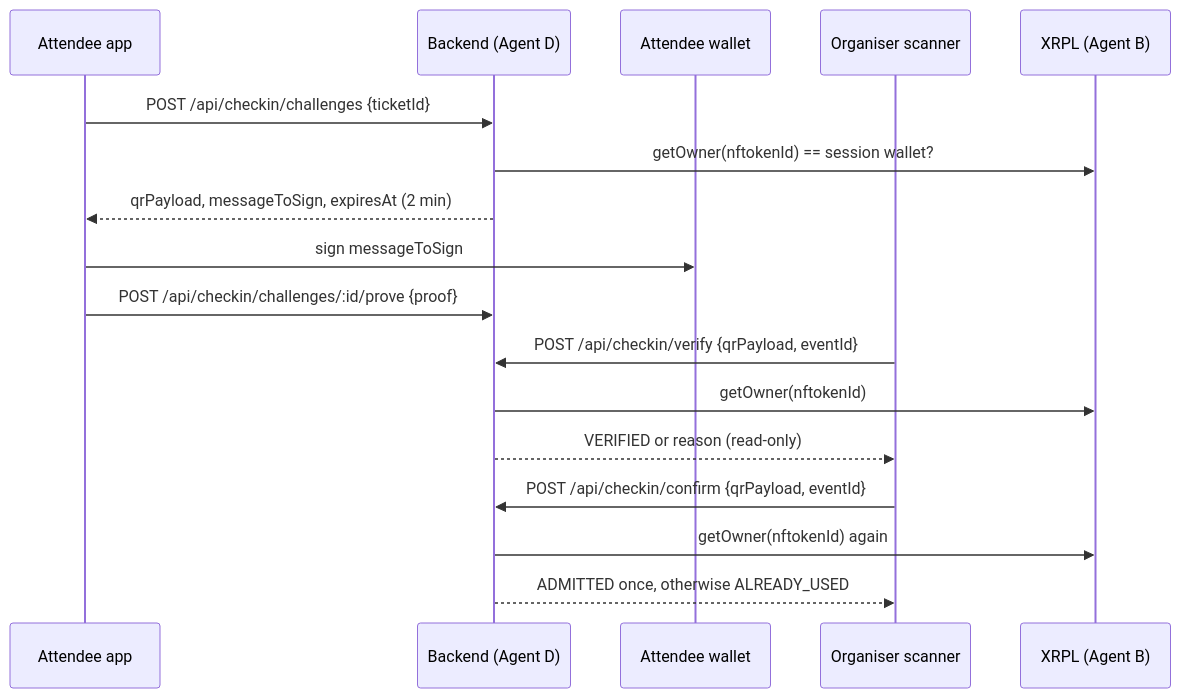
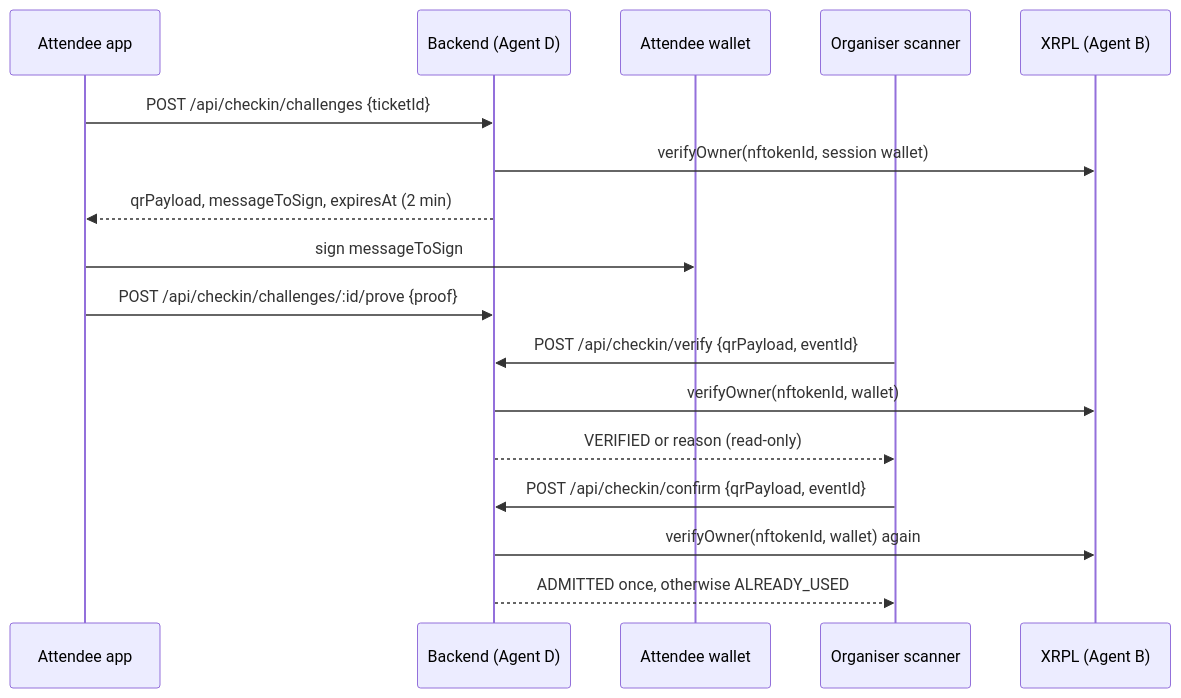
The diagram in docs/checkin-and-resale-contract.md (XJustinH/XRPL_HACKATHON_2026), drawn with Mermaid before and after one commit. The commit also changed other lines of this file and 15 other files, not shown here.

````diff
--- a/docs/checkin-and-resale-contract.md
+++ b/docs/checkin-and-resale-contract.md
@@ -19,19 +24,19 @@
 ```mermaid
 sequenceDiagram
   participant A as Attendee app
   participant API as Backend (Agent D)
   participant W as Attendee wallet
   participant O as Organiser scanner
   participant L as XRPL (Agent B)
   A->>API: POST /api/checkin/challenges {ticketId}
-  API->>L: getOwner(nftokenId) == session wallet?
+  API->>L: verifyOwner(nftokenId, session wallet)
   API-->>A: qrPayload, messageToSign, expiresAt (2 min)
   A->>W: sign messageToSign
   A->>API: POST /api/checkin/challenges/:id/prove {proof}
   O->>API: POST /api/checkin/verify {qrPayload, eventId}
-  API->>L: getOwner(nftokenId)
+  API->>L: verifyOwner(nftokenId, wallet)
   API-->>O: VERIFIED or reason (read-only)
   O->>API: POST /api/checkin/confirm {qrPayload, eventId}
-  API->>L: getOwner(nftokenId) again
+  API->>L: verifyOwner(nftokenId, wallet) again
   API-->>O: ADMITTED once, otherwise ALREADY_USED
 ```
````
